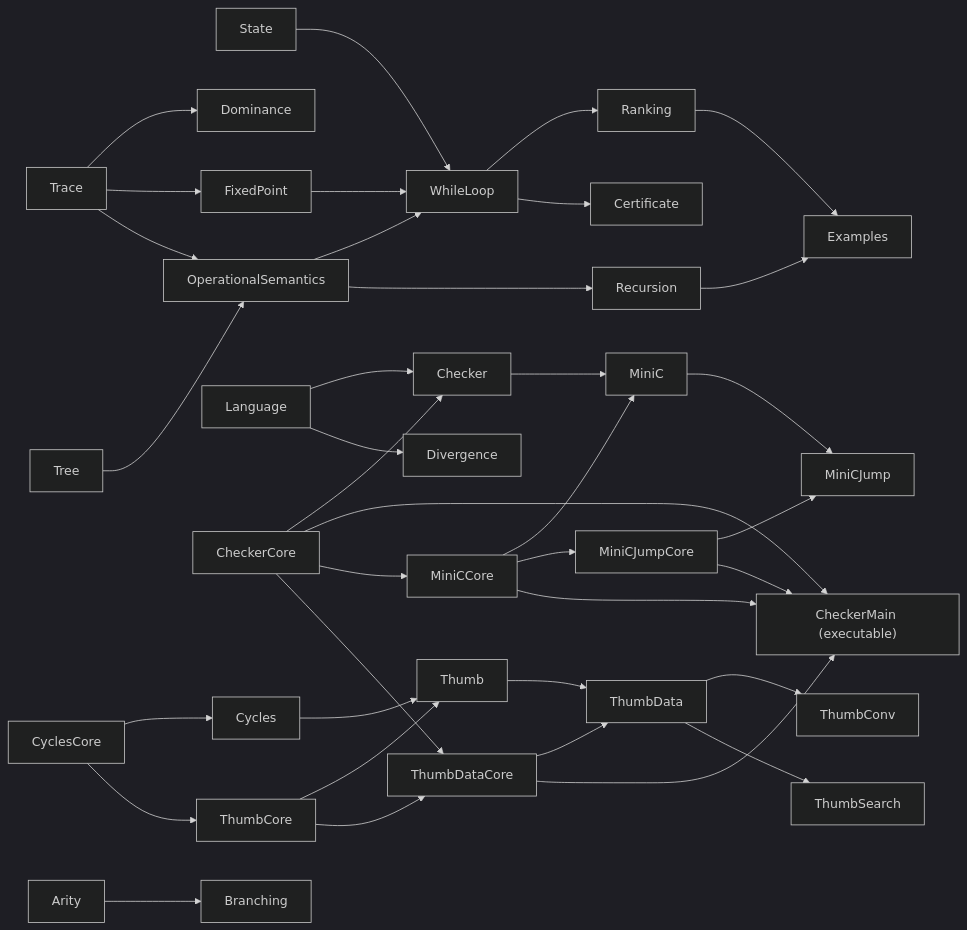
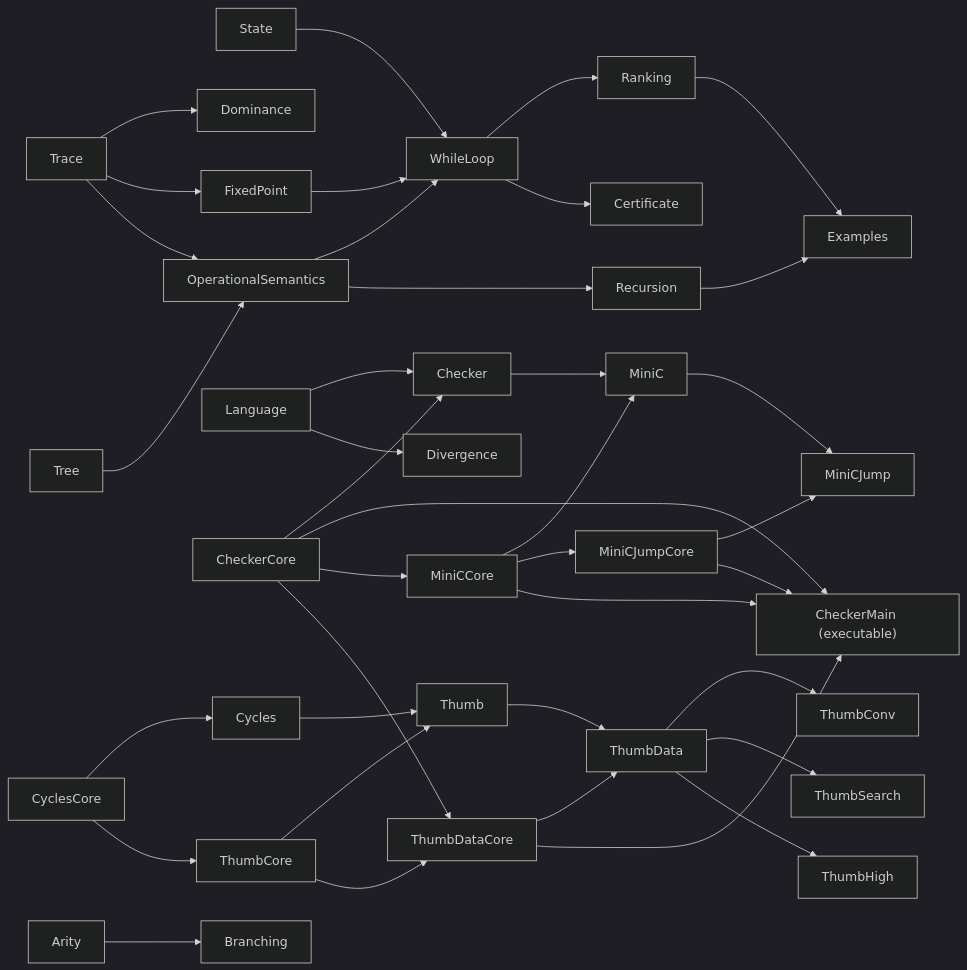
Before and after one commit to ldallolio/crosscheck: the diagram in docs/guide/07-lean.md, drawn with Mermaid (dark theme). The commit also changed other lines of this file and 21 other files, not shown here.

````diff
--- a/docs/guide/07-lean.md
+++ b/docs/guide/07-lean.md
@@ -83,39 +83,40 @@
 ```mermaid
 flowchart LR
   State --> WhileLoop
   Trace --> Dominance
   Trace --> FixedPoint
   Trace --> OperationalSemantics
   Tree --> OperationalSemantics
   FixedPoint --> WhileLoop
   OperationalSemantics --> WhileLoop
   OperationalSemantics --> Recursion
   WhileLoop --> Ranking
   WhileLoop --> Certificate
   Ranking --> Examples
   Recursion --> Examples
   Language --> Checker
   CheckerCore --> Checker
   CheckerCore --> CheckerMain["CheckerMain (executable)"]
   CheckerCore --> MiniCCore
   MiniCCore --> MiniC
   Checker --> MiniC
   MiniCCore --> MiniCJumpCore
   MiniCJumpCore --> MiniCJump
   MiniC --> MiniCJump
   MiniCJumpCore --> CheckerMain
   MiniCCore --> CheckerMain
   CyclesCore --> Cycles
   CyclesCore --> ThumbCore
   ThumbCore --> Thumb
   Cycles --> Thumb
   ThumbCore --> ThumbDataCore
   CheckerCore --> ThumbDataCore
   Thumb --> ThumbData
   ThumbDataCore --> ThumbData
   ThumbDataCore --> CheckerMain
   ThumbData --> ThumbConv
   ThumbData --> ThumbSearch
+  ThumbData --> ThumbHigh
   Arity --> Branching
   Language --> Divergence
 ```
````
